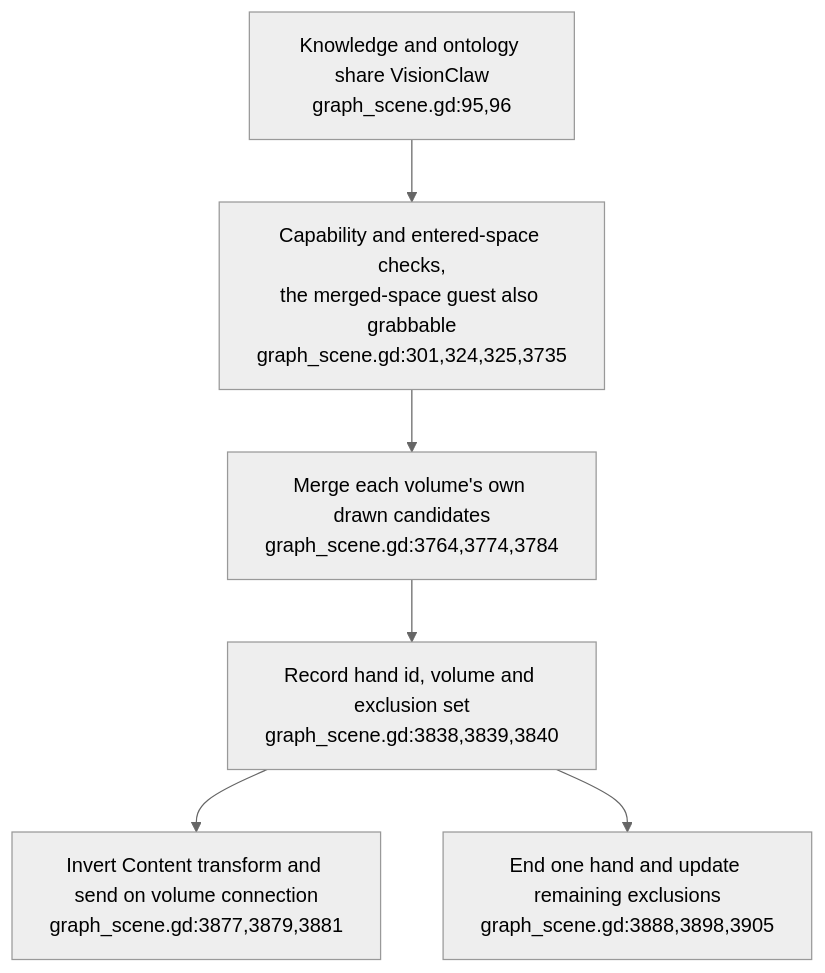
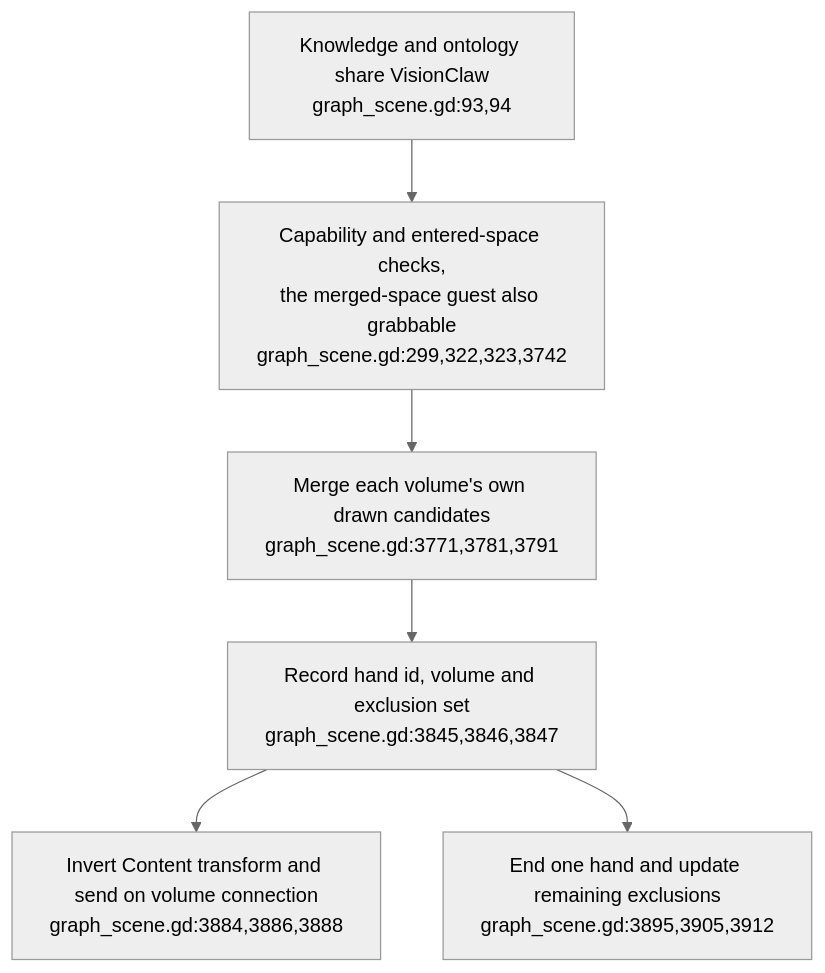
The first of 6 diagrams in docs/diagrams/visionclaw/53-xr-grab-lifetimes-and-input.md (DreamLab-AI/VisionFlow), drawn with Mermaid (neutral theme) before and after one commit. The commit also changed other lines of this file and 24 other files, not shown here.

Commit message:
docs: align XR liveness, filtering and rendering diagrams (#33)

````diff
--- a/docs/diagrams/visionclaw/53-xr-grab-lifetimes-and-input.md
+++ b/docs/diagrams/visionclaw/53-xr-grab-lifetimes-and-input.md
@@ -28,8 +28,8 @@
 ```mermaid
 flowchart TD
-    VOL["Knowledge and ontology share VisionClaw<br/>graph_scene.gd:95,96"] --> GATE["Capability and entered-space checks,<br/>the merged-space guest also grabbable<br/>graph_scene.gd:301,324,325,3735"]
-    GATE --> PACK["Merge each volume's own drawn candidates<br/>graph_scene.gd:3764,3774,3784"]
-    PACK --> HOLD["Record hand id, volume and exclusion set<br/>graph_scene.gd:3838,3839,3840"]
-    HOLD --> DRIVE["Invert Content transform and send on volume connection<br/>graph_scene.gd:3877,3879,3881"]
-    HOLD --> RELEASE["End one hand and update remaining exclusions<br/>graph_scene.gd:3888,3898,3905"]
+    VOL["Knowledge and ontology share VisionClaw<br/>graph_scene.gd:93,94"] --> GATE["Capability and entered-space checks,<br/>the merged-space guest also grabbable<br/>graph_scene.gd:299,322,323,3742"]
+    GATE --> PACK["Merge each volume's own drawn candidates<br/>graph_scene.gd:3771,3781,3791"]
+    PACK --> HOLD["Record hand id, volume and exclusion set<br/>graph_scene.gd:3845,3846,3847"]
+    HOLD --> DRIVE["Invert Content transform and send on volume connection<br/>graph_scene.gd:3884,3886,3888"]
+    HOLD --> RELEASE["End one hand and update remaining exclusions<br/>graph_scene.gd:3895,3905,3912"]
 ```
````
